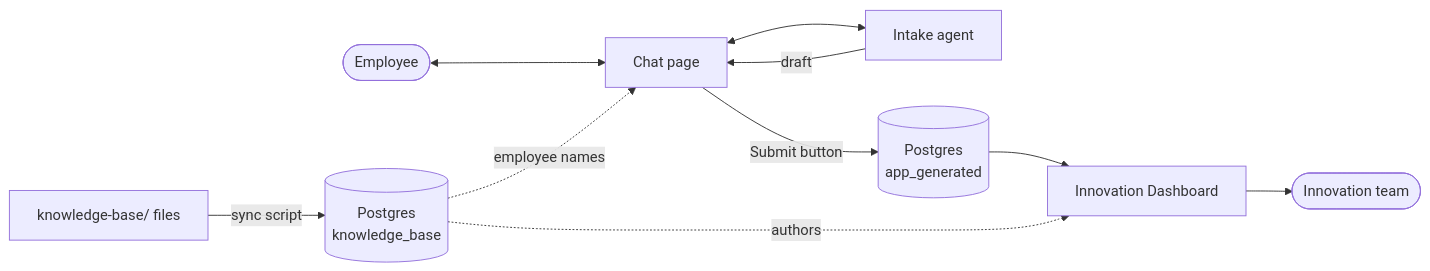
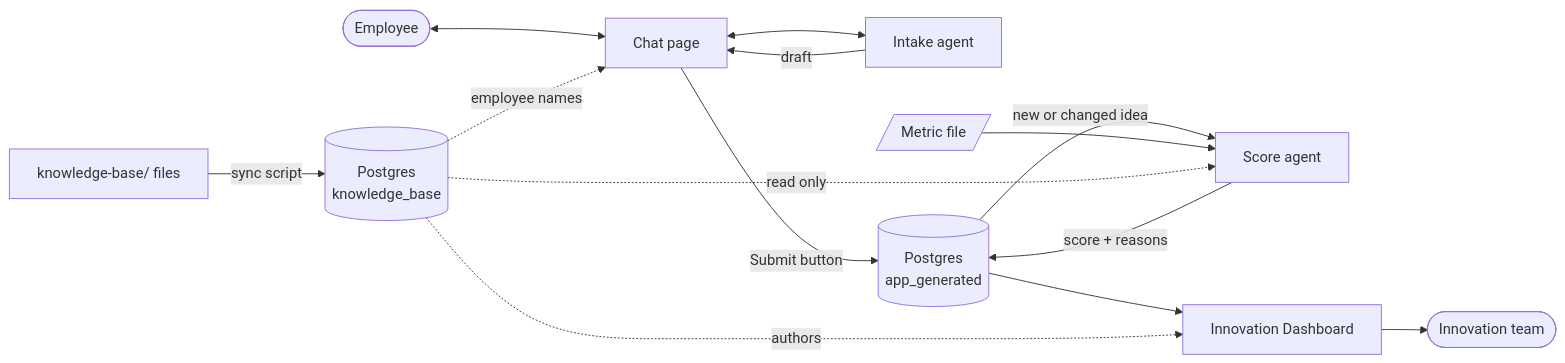
Before and after one commit to svaichu/agent-innovation: the diagram in README.md, drawn with Mermaid. The commit also changed other lines of this file and 23 other files, not shown here.

````diff
--- a/README.md
+++ b/README.md
@@ -52,13 +79,17 @@
 ```mermaid
 flowchart LR
     E([Employee]) <--> C[Chat page]
     C <--> I[Intake agent]
     I -->|draft| C
     C -->|Submit button| DB[(Postgres<br/>app_generated)]
+    DB -->|new or changed idea| S[Score agent]
+    M[/Metric file/] --> S
+    S -->|score + reasons| DB
     DB --> D[Innovation Dashboard]
     D --> T([Innovation team])
 
     F[knowledge-base/ files] -->|sync script| KB[(Postgres<br/>knowledge_base)]
     KB -.->|employee names| C
     KB -.->|authors| D
+    KB -.->|read only| S
 ```
````
